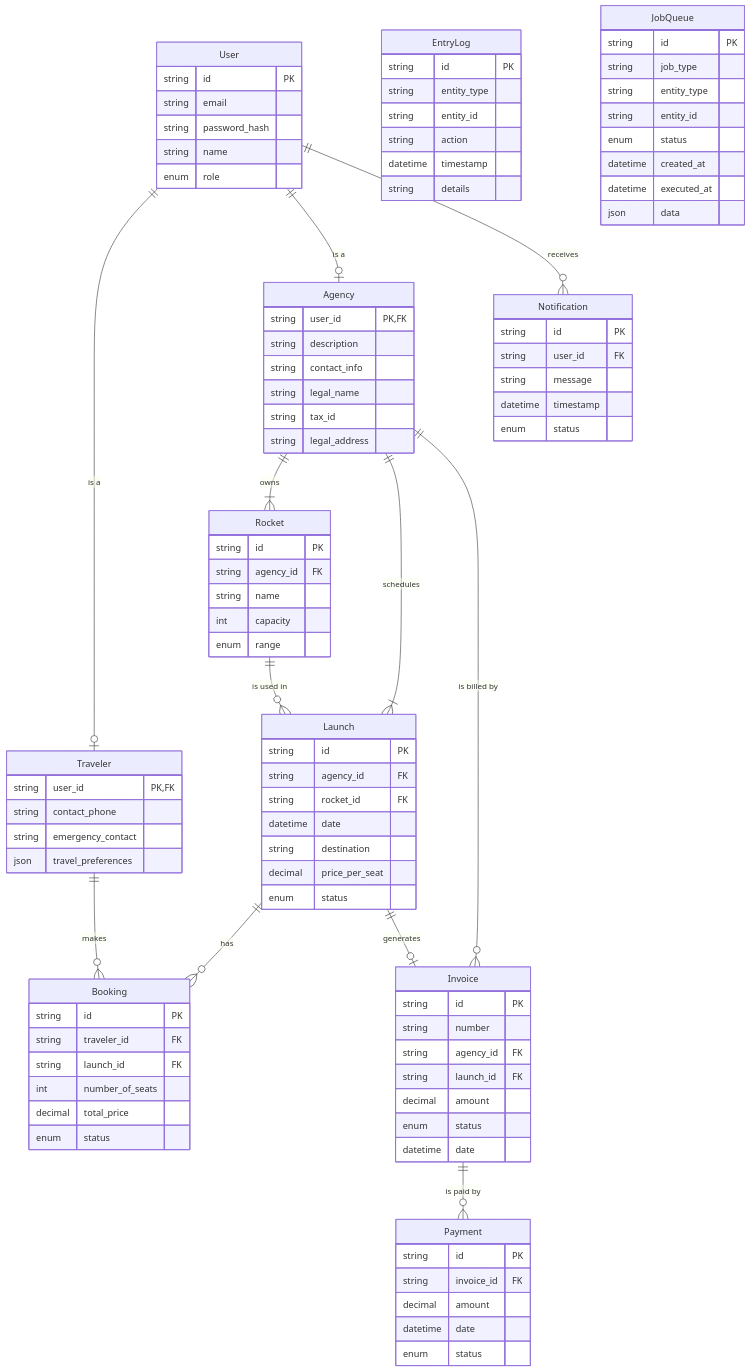
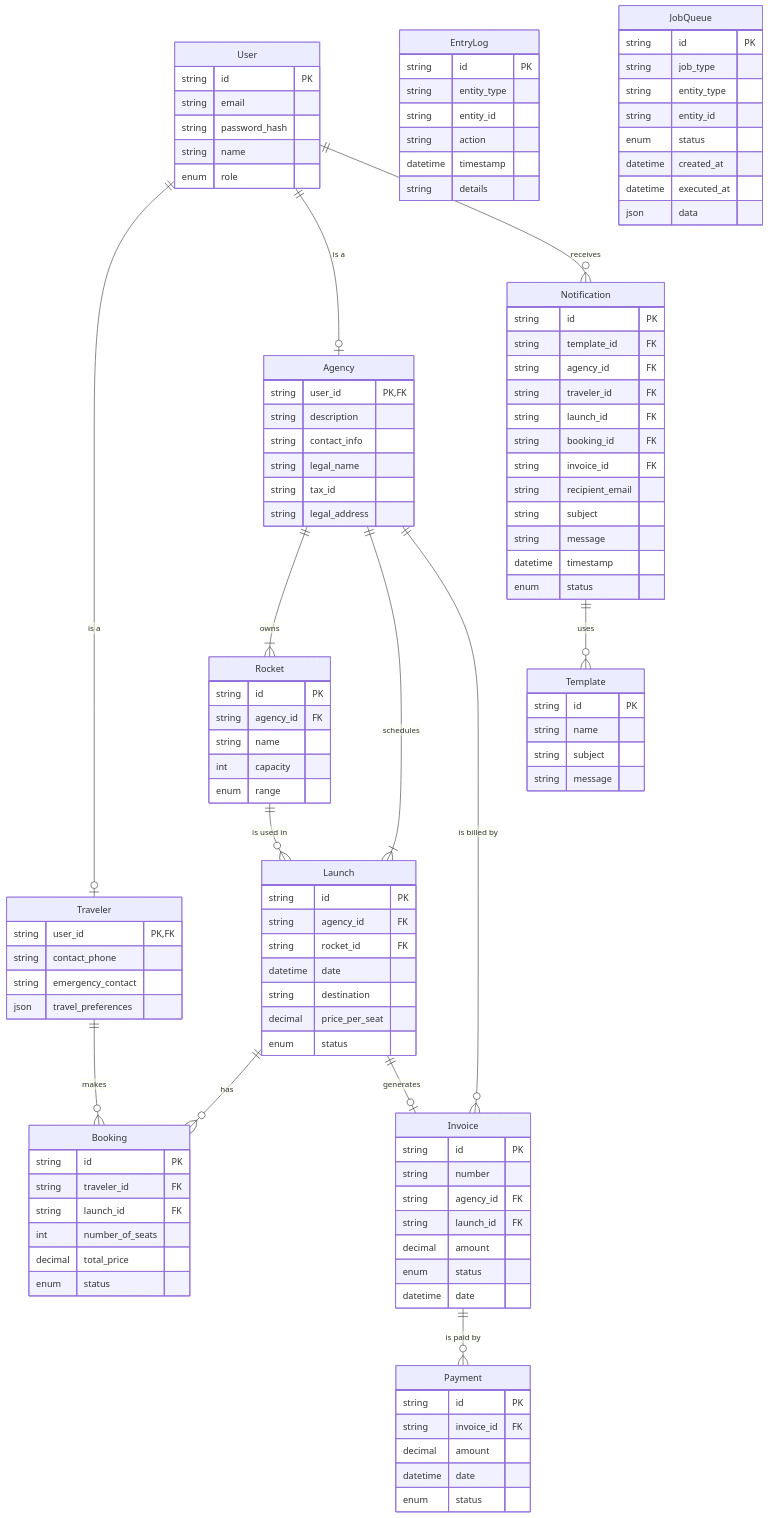
One commit to AstroBookings/.github changed the diagram in profile/2-design/3-model.erd.md. Above: the diagram before and after it, drawn with Mermaid. The commit also changed other lines of this file and 2 other files, not shown here.

Commit message:
wip: nptification api entities

````diff
--- a/profile/2-design/3-model.erd.md
+++ b/profile/2-design/3-model.erd.md
@@ -159,7 +167,14 @@
 
     Notification {
         string id PK
-        string user_id FK
+        string template_id FK
+        string agency_id FK
+        string traveler_id FK
+        string launch_id FK
+        string booking_id FK
+        string invoice_id FK
+        string recipient_email
+        string subject
         string message
         datetime timestamp
         enum status
@@ -185,6 +200,13 @@
         json data
     }
 
+    Template {
+        string id PK
+        string name
+        string subject
+        string message
+    }
+
     User ||--o| Traveler : "is a"
     User ||--o| Agency : "is a"
     User ||--o{ Notification : receives
@@ -196,4 +218,5 @@
     Launch ||--o| Invoice : generates
     Traveler ||--o{ Booking : makes
     Invoice ||--o{ Payment : "is paid by"
+    Notification ||--o{ Template : uses
 ```
````
